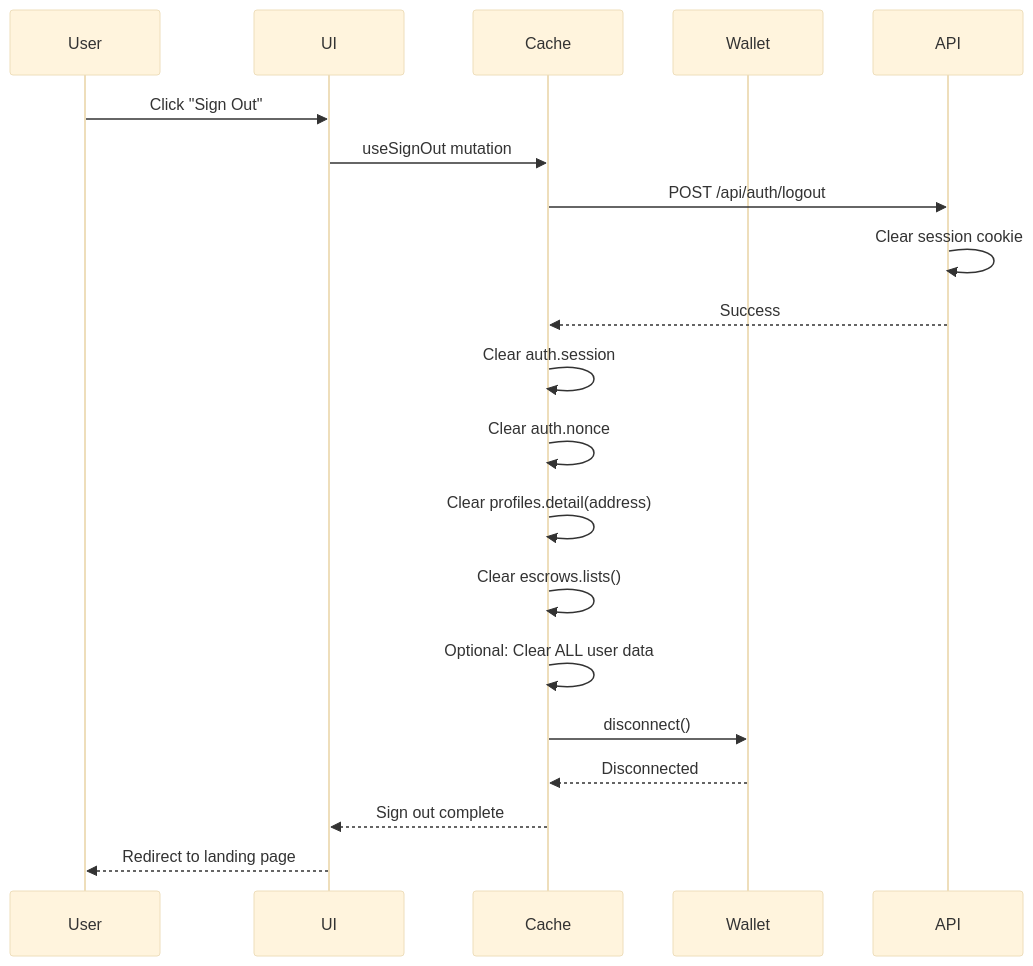
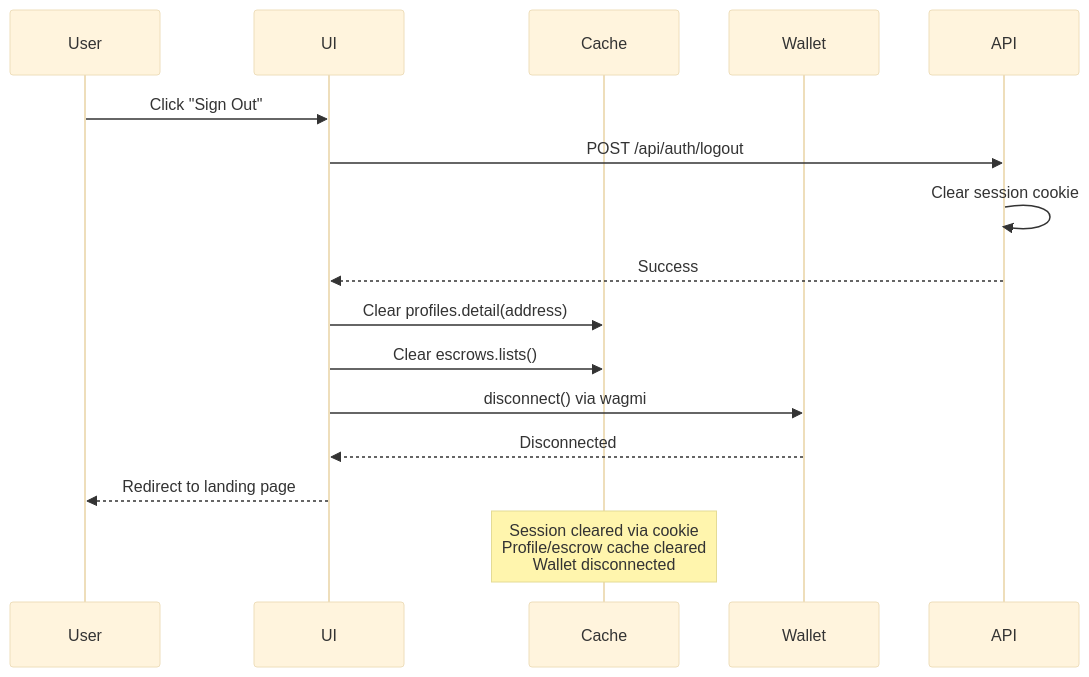
One commit to Gigentic/gigentic-escrow-minipay changed the tenth of 12 diagrams in QUERY_CACHE_ARCHITECTURE.md. Above: the diagram before and after it, drawn with Mermaid (base theme). The commit also changed other lines of this file, not shown here.

````diff
--- a/QUERY_CACHE_ARCHITECTURE.md
+++ b/QUERY_CACHE_ARCHITECTURE.md
@@ -551,28 +520,24 @@
 ```mermaid
 sequenceDiagram
     participant User
     participant UI
     participant Cache
     participant Wallet
     participant API
 
     User->>UI: Click "Sign Out"
 
-    UI->>Cache: useSignOut mutation
+    UI->>API: POST /api/auth/logout
+    API->>API: Clear session cookie
+    API-->>UI: Success
 
-    Cache->>API: POST /api/auth/logout
-    API->>API: Clear session cookie
-    API-->>Cache: Success
+    UI->>Cache: Clear profiles.detail(address)
+    UI->>Cache: Clear escrows.lists()
 
-    Cache->>Cache: Clear auth.session
-    Cache->>Cache: Clear auth.nonce
-    Cache->>Cache: Clear profiles.detail(address)
-    Cache->>Cache: Clear escrows.lists()
-    Cache->>Cache: Optional: Clear ALL user data
+    UI->>Wallet: disconnect() via wagmi
+    Wallet-->>UI: Disconnected
 
-    Cache->>Wallet: disconnect()
-    Wallet-->>Cache: Disconnected
+    UI-->>User: Redirect to landing page
 
-    Cache-->>UI: Sign out complete
-    UI-->>User: Redirect to landing page
+    Note over Cache: Session cleared via cookie<br/>Profile/escrow cache cleared<br/>Wallet disconnected
 ```
````
